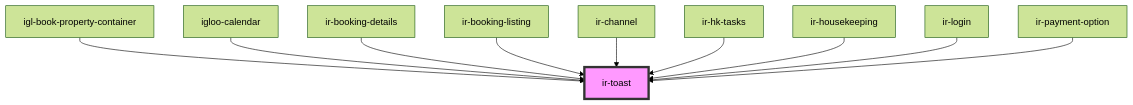
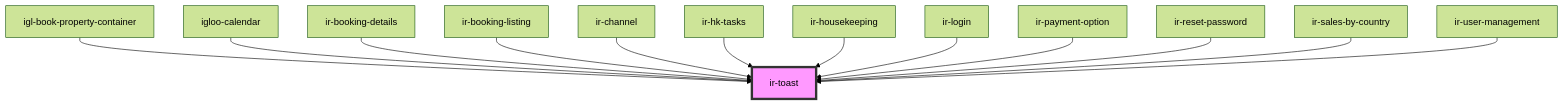
One commit to David1Chowaifaty/modified-ir-webcmp changed the diagram in src/components/ui/ir-toast/readme.md. Above: the diagram before and after it, drawn with Mermaid (forest theme). The commit also changed other lines of this file and 46 other files, not shown here.

````diff
--- a/src/components/ui/ir-toast/readme.md
+++ b/src/components/ui/ir-toast/readme.md
@@ -30,13 +33,16 @@
 ```mermaid
 graph TD;
   igl-book-property-container --> ir-toast
   igloo-calendar --> ir-toast
   ir-booking-details --> ir-toast
   ir-booking-listing --> ir-toast
   ir-channel --> ir-toast
   ir-hk-tasks --> ir-toast
   ir-housekeeping --> ir-toast
   ir-login --> ir-toast
   ir-payment-option --> ir-toast
+  ir-reset-password --> ir-toast
+  ir-sales-by-country --> ir-toast
+  ir-user-management --> ir-toast
   style ir-toast fill:#f9f,stroke:#333,stroke-width:4px
 ```
````
